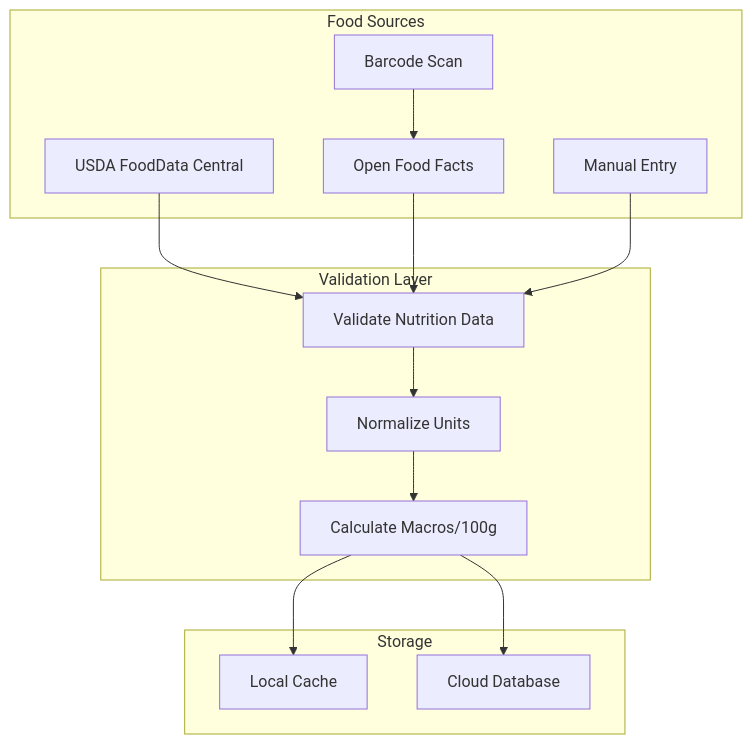
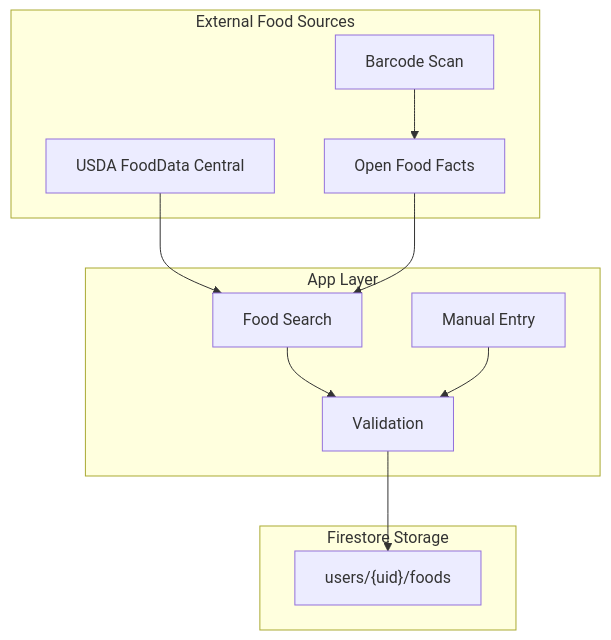
One commit to TimothyYao/meal-planning changed the tenth of 26 diagrams in doc/recipes-design.md. Above: the diagram before and after it, drawn with Mermaid. The commit also changed other lines of this file, not shown here.

First line of the commit message:
Update recipes design for Firestore with repository pattern

````diff
--- a/doc/recipes-design.md
+++ b/doc/recipes-design.md
@@ -98,30 +356,27 @@
 ```mermaid
 flowchart TB
-    subgraph Sources["Food Sources"]
+    subgraph Sources["External Food Sources"]
         USDA["USDA FoodData Central"]
         OFF["Open Food Facts"]
         Barcode["Barcode Scan"]
-        Manual["Manual Entry"]
     end
     
-    subgraph Validation["Validation Layer"]
-        Validate["Validate Nutrition Data"]
-        Normalize["Normalize Units"]
-        Calculate["Calculate Macros/100g"]
+    subgraph App["App Layer"]
+        Search["Food Search"]
+        Manual["Manual Entry"]
+        Validate["Validation"]
     end
     
-    subgraph Storage["Storage"]
-        LocalDB["Local Cache"]
-        CloudDB["Cloud Database"]
+    subgraph Storage["Firestore Storage"]
+        UserFoods["users/{uid}/foods"]
     end
     
-    USDA --> Validate
-    OFF --> Validate
+    USDA --> Search
+    OFF --> Search
     Barcode --> OFF
+    
+    Search --> Validate
     Manual --> Validate
     
-    Validate --> Normalize
-    Normalize --> Calculate
-    Calculate --> LocalDB
-    Calculate --> CloudDB
+    Validate --> UserFoods
 ```
````
